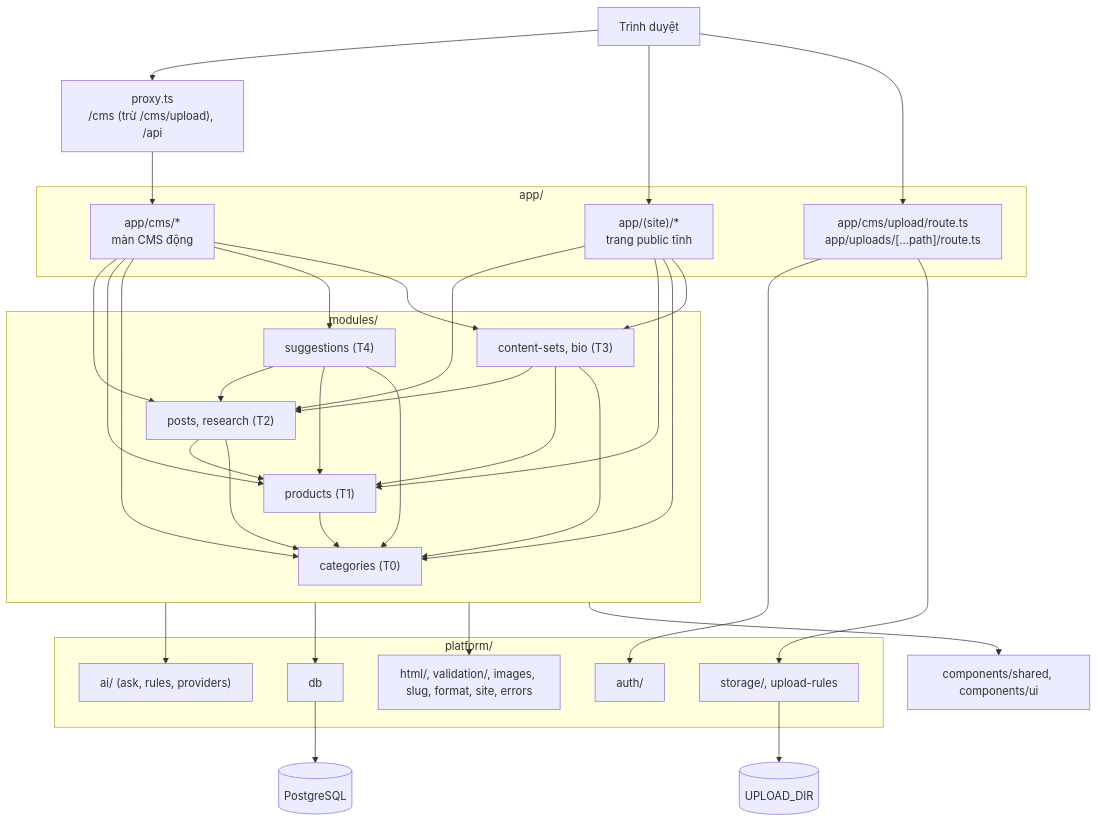
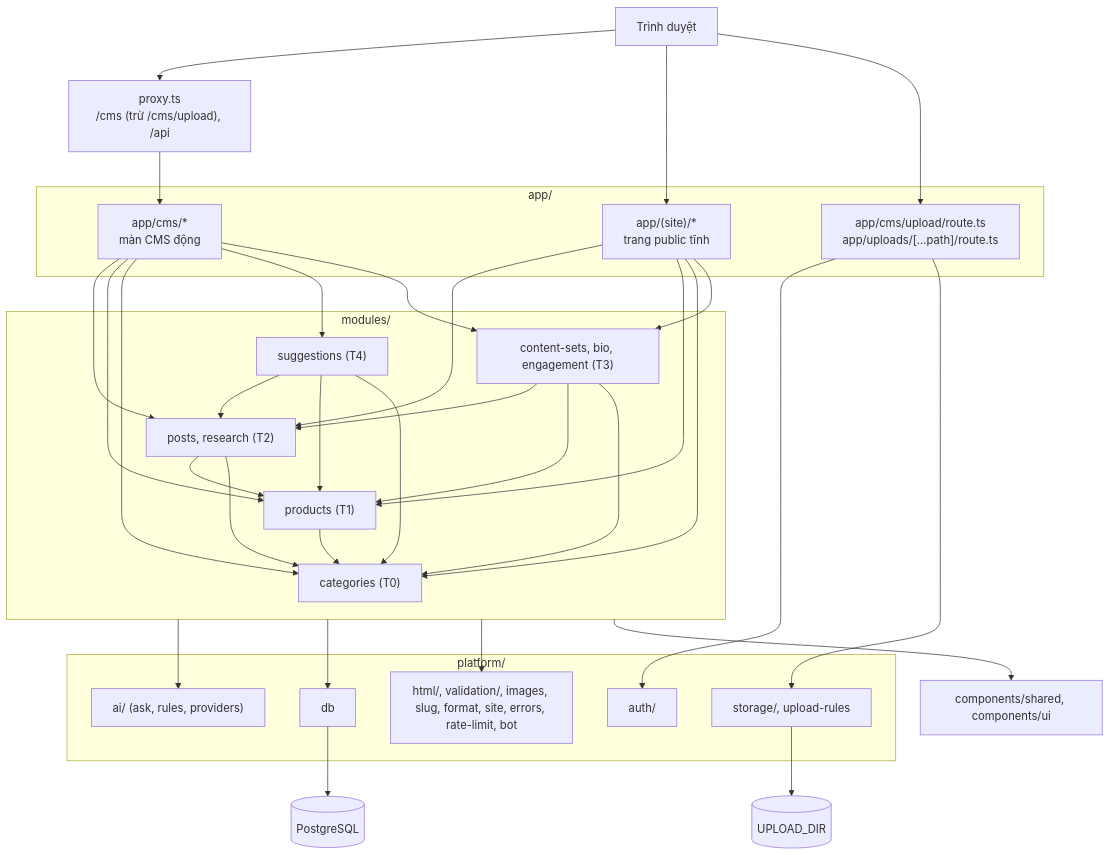
Before and after one commit to lqvinh1205/affiliate-project: the diagram in docs/kien-truc-codebase.md, drawn with Mermaid. The commit also changed other lines of this file and 36 other files, not shown here.

````diff
--- a/docs/kien-truc-codebase.md
+++ b/docs/kien-truc-codebase.md
@@ -24,56 +24,56 @@
 ```mermaid
 flowchart TD
   U["Trình duyệt"] --> P["proxy.ts<br/>/cms (trừ /cms/upload), /api"]
   subgraph Routes["app/"]
     S["app/(site)/*<br/>trang public tĩnh"]
     C["app/cms/*<br/>màn CMS động"]
     UP["app/cms/upload/route.ts<br/>app/uploads/[...path]/route.ts"]
   end
   subgraph Modules["modules/"]
     MC["categories (T0)"]
     MPR["products (T1)"]
     MPO["posts, research (T2)"]
-    MCS["content-sets, bio (T3)"]
+    MCS["content-sets, bio, engagement (T3)"]
     MSU["suggestions (T4)"]
   end
   subgraph Platform["platform/"]
     PD["db"]
     PA["auth/"]
     PAI["ai/ (ask, rules, providers)"]
     PS["storage/, upload-rules"]
-    PO["html/, validation/, images, slug, format, site, errors"]
+    PO["html/, validation/, images, slug, format, site, errors, rate-limit, bot"]
   end
   SH["components/shared, components/ui"]
   DB[("PostgreSQL")]
   DISK[("UPLOAD_DIR")]
 
   U --> S
   U --> UP
   P --> C
   S --> MPO
   S --> MPR
   S --> MC
   C --> MPO
   C --> MPR
   C --> MC
   C --> MSU
   C --> MCS
   MSU --> MPO
   MSU --> MPR
   MSU --> MC
   MCS --> MPO
   MCS --> MPR
   MCS --> MC
   S --> MCS
   Modules --> PAI
   MPO --> MPR
   MPO --> MC
   MPR --> MC
   Modules --> PD
   Modules --> PO
   Modules --> SH
   UP --> PA
   UP --> PS
   PS --> DISK
   PD --> DB
 ```
````
